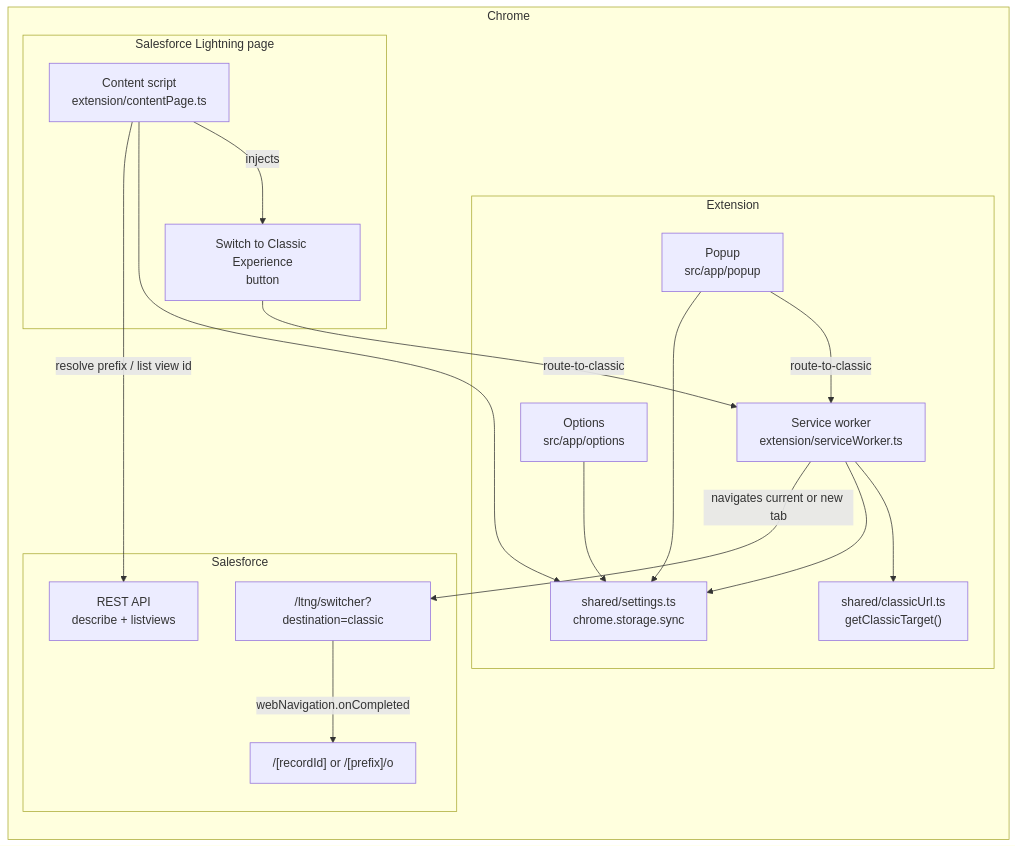
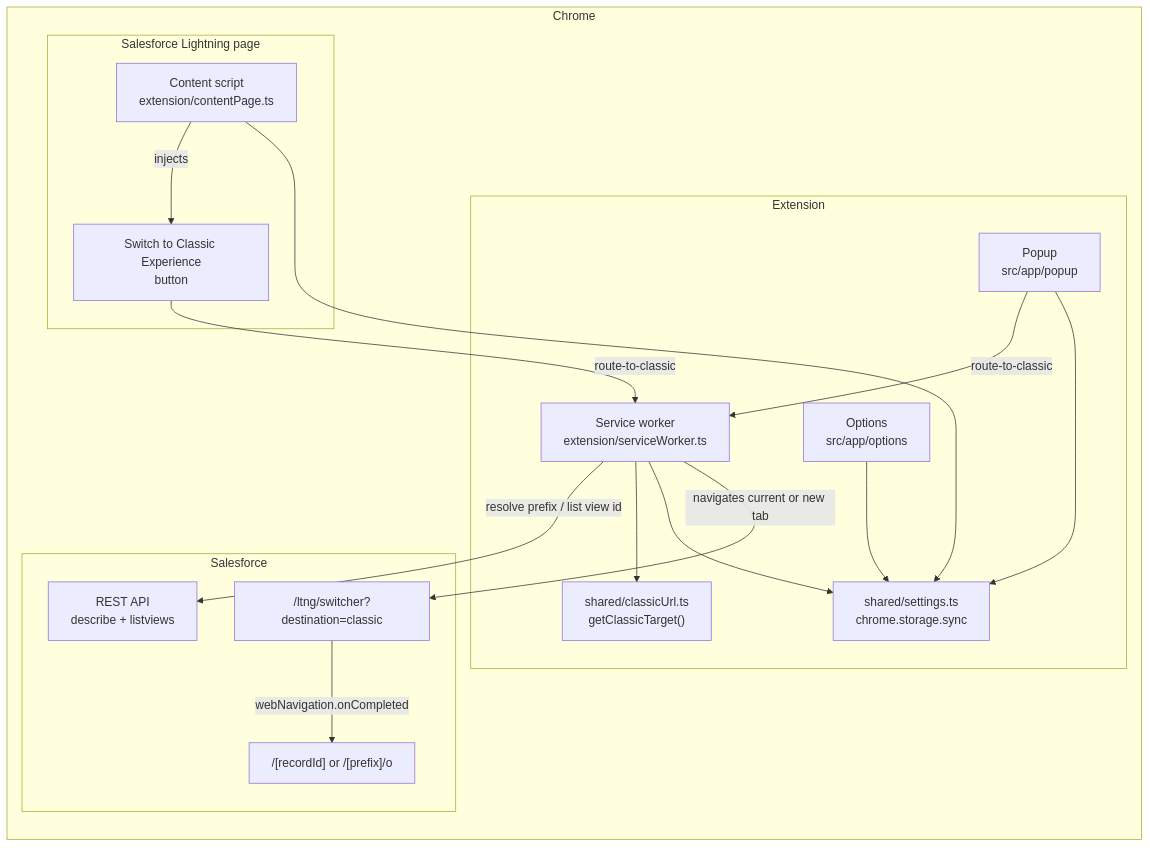
One commit to selegic/switch-to-classic changed the first of 3 diagrams in docs/architecture.md. Above: the diagram before and after it, drawn with Mermaid. The commit also changed other lines of this file and 16 other files, not shown here.

First line of the commit message:
feat: exact Classic list views via REST API and #fcf (#21)

````diff
--- a/docs/architecture.md
+++ b/docs/architecture.md
@@ -6,37 +6,37 @@
 ```mermaid
 flowchart LR
     subgraph Browser["Chrome"]
         direction TB
 
         subgraph Lightning["Salesforce Lightning page"]
             CS["Content script<br/>extension/contentPage.ts"]
             BTN["Switch to Classic Experience<br/>button"]
             CS -->|injects| BTN
         end
 
         subgraph Extension["Extension"]
             POP["Popup<br/>src/app/popup"]
             OPT["Options<br/>src/app/options"]
             SW["Service worker<br/>extension/serviceWorker.ts"]
             URL["shared/classicUrl.ts<br/>getClassicTarget()"]
             SET["shared/settings.ts<br/>chrome.storage.sync"]
         end
 
         subgraph Salesforce["Salesforce"]
             API["REST API<br/>describe + listviews"]
             SWITCHER["/ltng/switcher?destination=classic"]
             TARGET["/[recordId] or /[prefix]/o"]
         end
     end
 
     BTN -->|"route-to-classic"| SW
     POP -->|"route-to-classic"| SW
     OPT --> SET
     POP --> SET
     CS --> SET
-    CS -->|"resolve prefix / list view id"| API
+    SW -->|"resolve prefix / list view id"| API
     SW --> URL
     SW --> SET
     SW -->|navigates current or new tab| SWITCHER
     SWITCHER -->|"webNavigation.onCompleted"| TARGET
 ```
````
